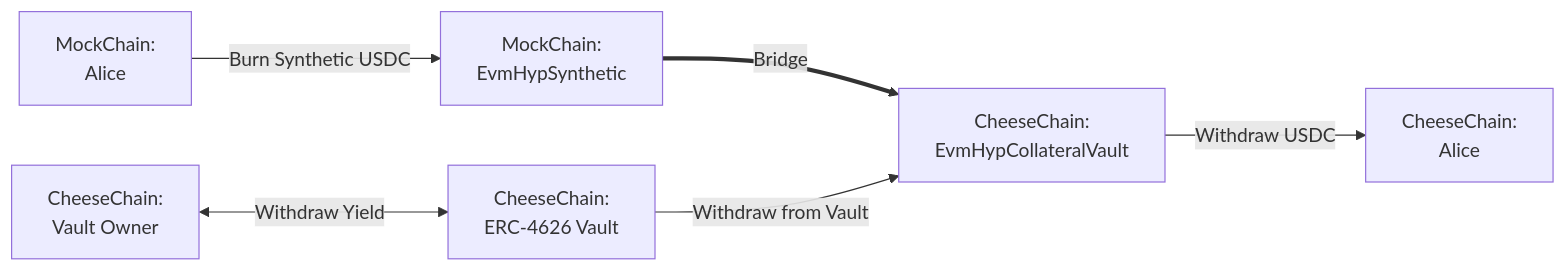
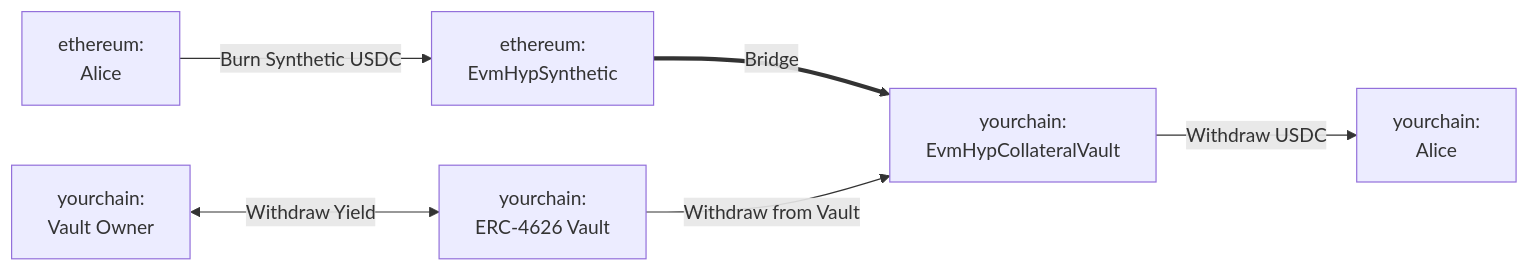
Before and after one commit to hyperlane-xyz/v3-docs: the second of 2 diagrams in docs/protocol/warp-routes/warp-routes-yield-routes.mdx, drawn with Mermaid. The commit also changed other lines of this file, not shown here.

Commit message:
update yield routes walkthrough

````diff
--- a/docs/protocol/warp-routes/warp-routes-yield-routes.mdx
+++ b/docs/protocol/warp-routes/warp-routes-yield-routes.mdx
@@ -57,8 +51,8 @@
     ```mermaid
     flowchart LR
-        A[MockChain:<br>Alice] -->|Burn Synthetic USDC| B[MockChain:<br>EvmHypSynthetic]
-        B ==>|Bridge| C[CheeseChain:<br>EvmHypCollateralVault]
-        D[CheeseChain:<br>ERC-4626 Vault] -->|Withdraw from Vault| C
-        C -->|Withdraw USDC| F[CheeseChain:<br>Alice]
-        G[CheeseChain:<br>Vault Owner] <-->|Withdraw Yield| D
+        A[ethereum:<br>Alice] -->|Burn Synthetic USDC| B[ethereum:<br>EvmHypSynthetic]
+        B ==>|Bridge| C[yourchain:<br>EvmHypCollateralVault]
+        D[yourchain:<br>ERC-4626 Vault] -->|Withdraw from Vault| C
+        C -->|Withdraw USDC| F[yourchain:<br>Alice]
+        G[yourchain:<br>Vault Owner] <-->|Withdraw Yield| D
     ```
````
